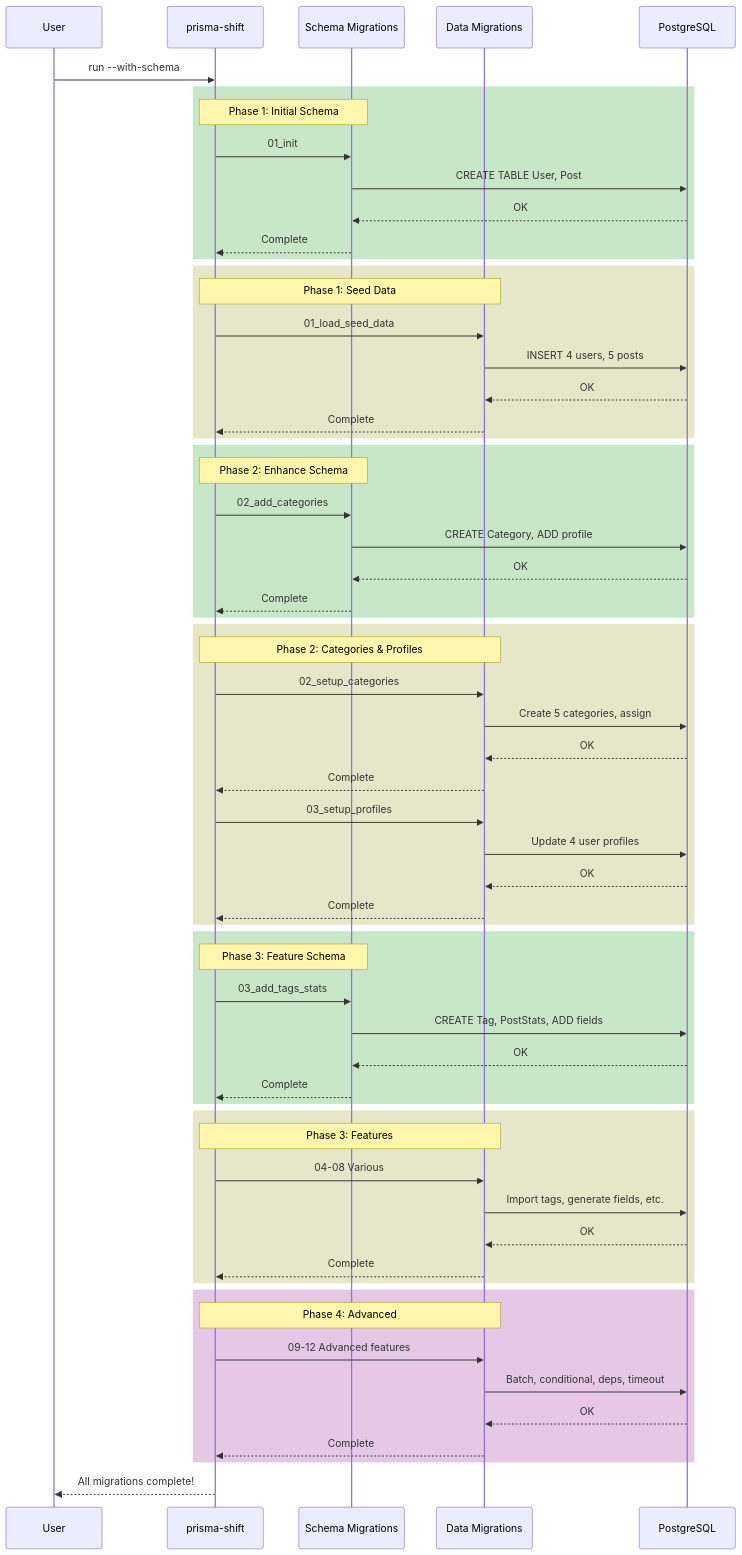
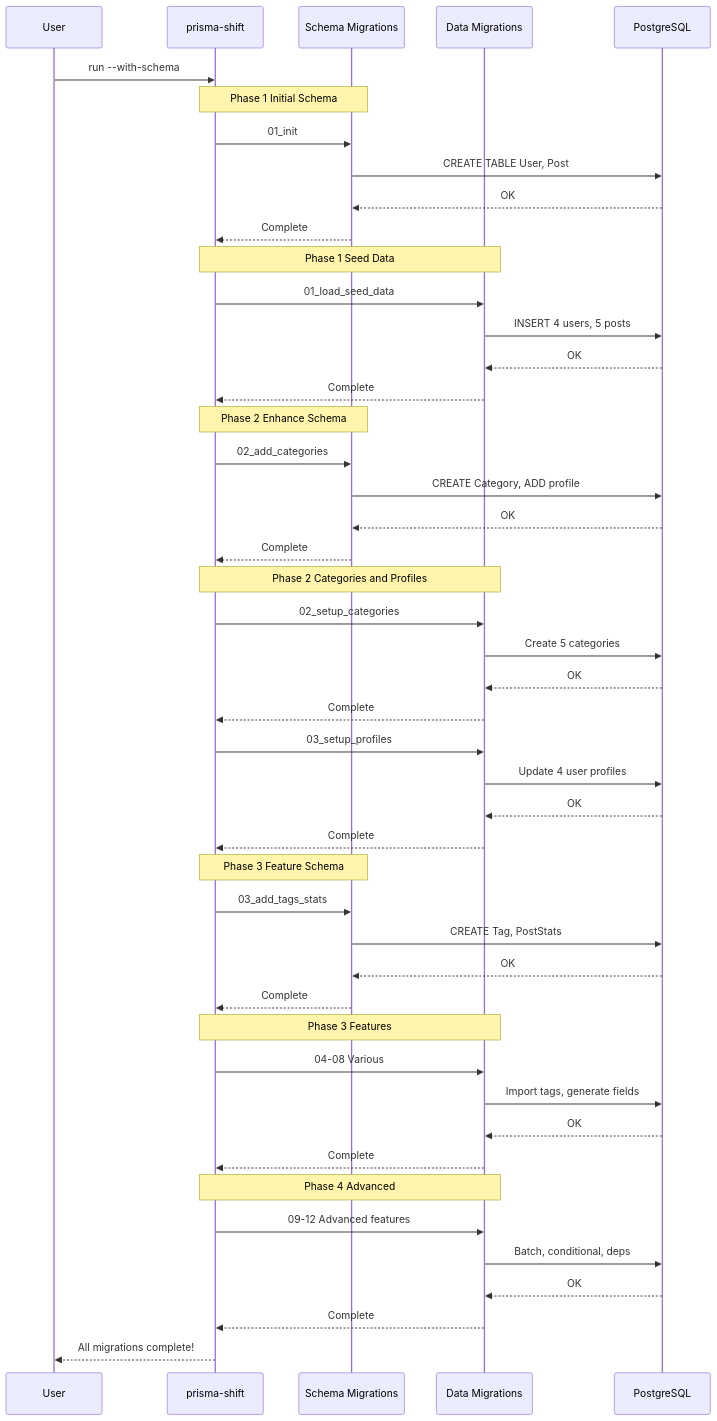
Before and after one commit to eftech93/prisma-shift: the second of 2 diagrams in docs/example/README.md, drawn with Mermaid. The commit also changed other lines of this file and 5 other files, not shown here.

````diff
--- a/docs/example/README.md
+++ b/docs/example/README.md
@@ -149,73 +135,59 @@
 ```mermaid
 sequenceDiagram
     participant User
     participant CLI as prisma-shift
     participant Schema as Schema Migrations
     participant Data as Data Migrations
     participant DB as PostgreSQL
     
     User->>CLI: run --with-schema
     
-    rect rgb(200, 230, 200)
-        Note over CLI,Schema: Phase 1: Initial Schema
-        CLI->>Schema: 01_init
-        Schema->>DB: CREATE TABLE User, Post
-        DB-->>Schema: OK
-        Schema-->>CLI: Complete
-    end
+    Note over CLI,Schema: Phase 1 Initial Schema
+    CLI->>Schema: 01_init
+    Schema->>DB: CREATE TABLE User, Post
+    DB-->>Schema: OK
+    Schema-->>CLI: Complete
     
-    rect rgb(230, 230, 200)
-        Note over CLI,Data: Phase 1: Seed Data
-        CLI->>Data: 01_load_seed_data
-        Data->>DB: INSERT 4 users, 5 posts
-        DB-->>Data: OK
-        Data-->>CLI: Complete
-    end
+    Note over CLI,Data: Phase 1 Seed Data
+    CLI->>Data: 01_load_seed_data
+    Data->>DB: INSERT 4 users, 5 posts
+    DB-->>Data: OK
+    Data-->>CLI: Complete
     
-    rect rgb(200, 230, 200)
-        Note over CLI,Schema: Phase 2: Enhance Schema
-        CLI->>Schema: 02_add_categories
-        Schema->>DB: CREATE Category, ADD profile
-        DB-->>Schema: OK
-        Schema-->>CLI: Complete
-    end
+    Note over CLI,Schema: Phase 2 Enhance Schema
+    CLI->>Schema: 02_add_categories
+    Schema->>DB: CREATE Category, ADD profile
+    DB-->>Schema: OK
+    Schema-->>CLI: Complete
     
-    rect rgb(230, 230, 200)
-        Note over CLI,Data: Phase 2: Categories & Profiles
-        CLI->>Data: 02_setup_categories
-        Data->>DB: Create 5 categories, assign
-        DB-->>Data: OK
-        Data-->>CLI: Complete
-        
-        CLI->>Data: 03_setup_profiles
-        Data->>DB: Update 4 user profiles
-        DB-->>Data: OK
-        Data-->>CLI: Complete
-    end
+    Note over CLI,Data: Phase 2 Categories and Profiles
+    CLI->>Data: 02_setup_categories
+    Data->>DB: Create 5 categories
+    DB-->>Data: OK
+    Data-->>CLI: Complete
     
-    rect rgb(200, 230, 200)
-        Note over CLI,Schema: Phase 3: Feature Schema
-        CLI->>Schema: 03_add_tags_stats
-        Schema->>DB: CREATE Tag, PostStats, ADD fields
-        DB-->>Schema: OK
-        Schema-->>CLI: Complete
-    end
+    CLI->>Data: 03_setup_profiles
+    Data->>DB: Update 4 user profiles
+    DB-->>Data: OK
+    Data-->>CLI: Complete
     
-    rect rgb(230, 230, 200)
-        Note over CLI,Data: Phase 3: Features
-        CLI->>Data: 04-08 Various
-        Data->>DB: Import tags, generate fields, etc.
-        DB-->>Data: OK
-        Data-->>CLI: Complete
-    end
+    Note over CLI,Schema: Phase 3 Feature Schema
+    CLI->>Schema: 03_add_tags_stats
+    Schema->>DB: CREATE Tag, PostStats
+    DB-->>Schema: OK
+    Schema-->>CLI: Complete
     
-    rect rgb(230, 200, 230)
-        Note over CLI,Data: Phase 4: Advanced
-        CLI->>Data: 09-12 Advanced features
-        Data->>DB: Batch, conditional, deps, timeout
-        DB-->>Data: OK
-        Data-->>CLI: Complete
-    end
+    Note over CLI,Data: Phase 3 Features
+    CLI->>Data: 04-08 Various
+    Data->>DB: Import tags, generate fields
+    DB-->>Data: OK
+    Data-->>CLI: Complete
+    
+    Note over CLI,Data: Phase 4 Advanced
+    CLI->>Data: 09-12 Advanced features
+    Data->>DB: Batch, conditional, deps
+    DB-->>Data: OK
+    Data-->>CLI: Complete
     
     CLI-->>User: All migrations complete!
 ```
````
